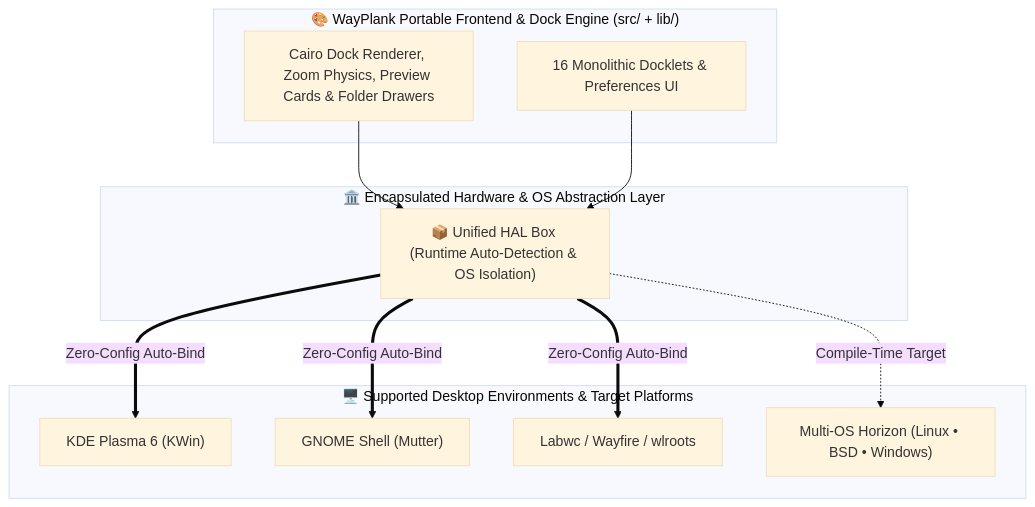
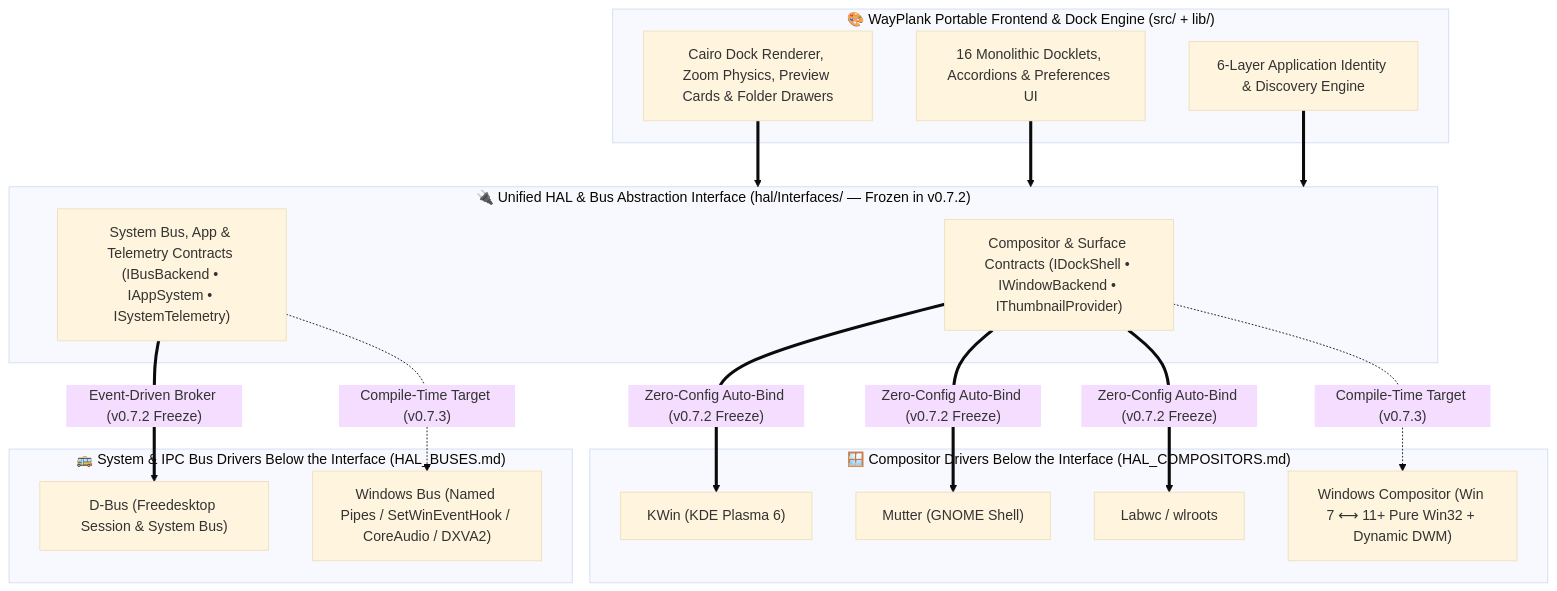
One commit to sergiomelas/WayPlank changed the third of 3 diagrams in Documentation/USER_GUIDE.md. Above: the diagram before and after it, drawn with Mermaid (base theme). The commit also changed other lines of this file and 76 other files, not shown here.

````diff
--- a/Documentation/USER_GUIDE.md
+++ b/Documentation/USER_GUIDE.md
@@ -471,25 +479,31 @@
 ```mermaid
 flowchart TD
     subgraph CORE ["🎨 WayPlank Portable Frontend & Dock Engine (src/ + lib/)"]
         UI["Cairo Dock Renderer, Zoom Physics, Preview Cards & Folder Drawers"]
-        DOCKLETS["16 Monolithic Docklets & Preferences UI"]
+        DOCKLETS["16 Monolithic Docklets, Accordions & Preferences UI"]
+        ID["6-Layer Application Identity & Discovery Engine"]
     end
 
-    subgraph HAL_ENCAPSULATED ["🏛️ Encapsulated Hardware & OS Abstraction Layer"]
-        HAL_BOX["📦 Unified HAL Box (Runtime Auto-Detection & OS Isolation)"]
+    subgraph HAL_IFACE ["🔌 Unified HAL & Bus Abstraction Interface (hal/Interfaces/ — Frozen in v0.7.2)"]
+        C_IFACE["Compositor & Surface Contracts (IDockShell • IWindowBackend • IThumbnailProvider)"]
+        B_IFACE["System Bus, App & Telemetry Contracts (IBusBackend • IAppSystem • ISystemTelemetry)"]
     end
 
-    subgraph TARGETS ["🖥️ Supported Desktop Environments & Target Platforms"]
-        KWIN["KDE Plasma 6 (KWin)"]
-        MUTTER["GNOME Shell (Mutter)"]
-        WLR["Labwc / Wayfire / wlroots"]
-        HORIZON["Multi-OS Horizon (Linux • BSD • Windows)"]
+    subgraph COMP_TARGETS ["🪟 Compositor Drivers Below the Interface (HAL_COMPOSITORS.md)"]
+        KWIN["KWin (KDE Plasma 6)"]
+        MUTTER["Mutter (GNOME Shell)"]
+        LABWC["Labwc / wlroots"]
+        WINCOMP["Windows Compositor (Win 7 ⟷ 11+ Pure Win32 + Dynamic DWM)"]
     end
 
-    UI --> HAL_BOX
-    DOCKLETS --> HAL_BOX
-    HAL_BOX ==>|"Zero-Config Auto-Bind"| KWIN
-    HAL_BOX ==>|"Zero-Config Auto-Bind"| MUTTER
-    HAL_BOX ==>|"Zero-Config Auto-Bind"| WLR
-    HAL_BOX -.->|"Compile-Time Target"| HORIZON
+    subgraph BUS_TARGETS ["🚌 System & IPC Bus Drivers Below the Interface (HAL_BUSES.md)"]
+        DBUS["D-Bus (Freedesktop Session & System Bus)"]
+        WINBUS["Windows Bus (Named Pipes / SetWinEventHook / CoreAudio / DXVA2)"]
+    end
+
+    UI & DOCKLETS & ID ==> HAL_IFACE
+    C_IFACE ==>|"Zero-Config Auto-Bind (v0.7.2 Freeze)"| KWIN & MUTTER & LABWC
+    C_IFACE -.->|"Compile-Time Target (v0.7.3)"| WINCOMP
+    B_IFACE ==>|"Event-Driven Broker (v0.7.2 Freeze)"| DBUS
+    B_IFACE -.->|"Compile-Time Target (v0.7.3)"| WINBUS
 ```
````
